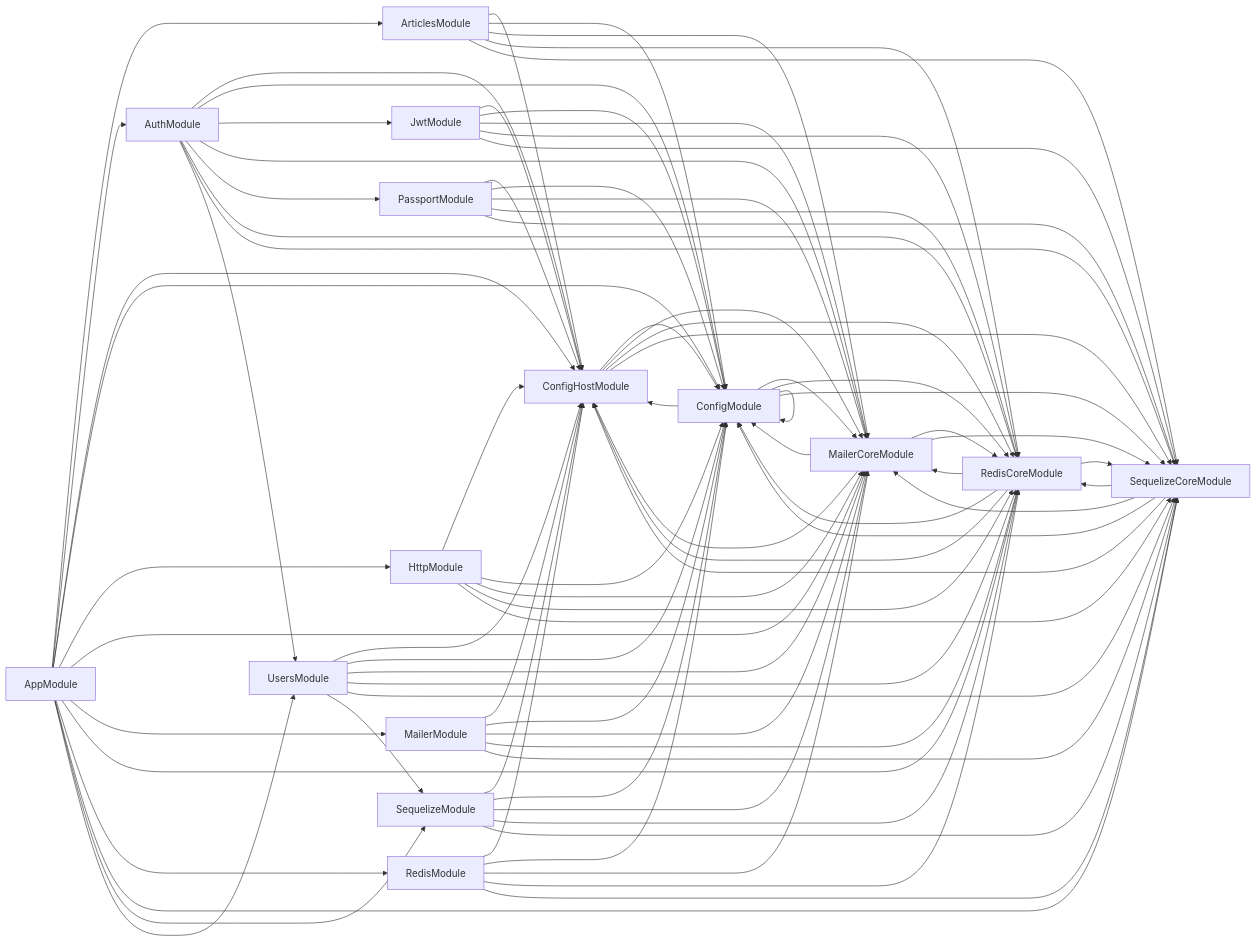
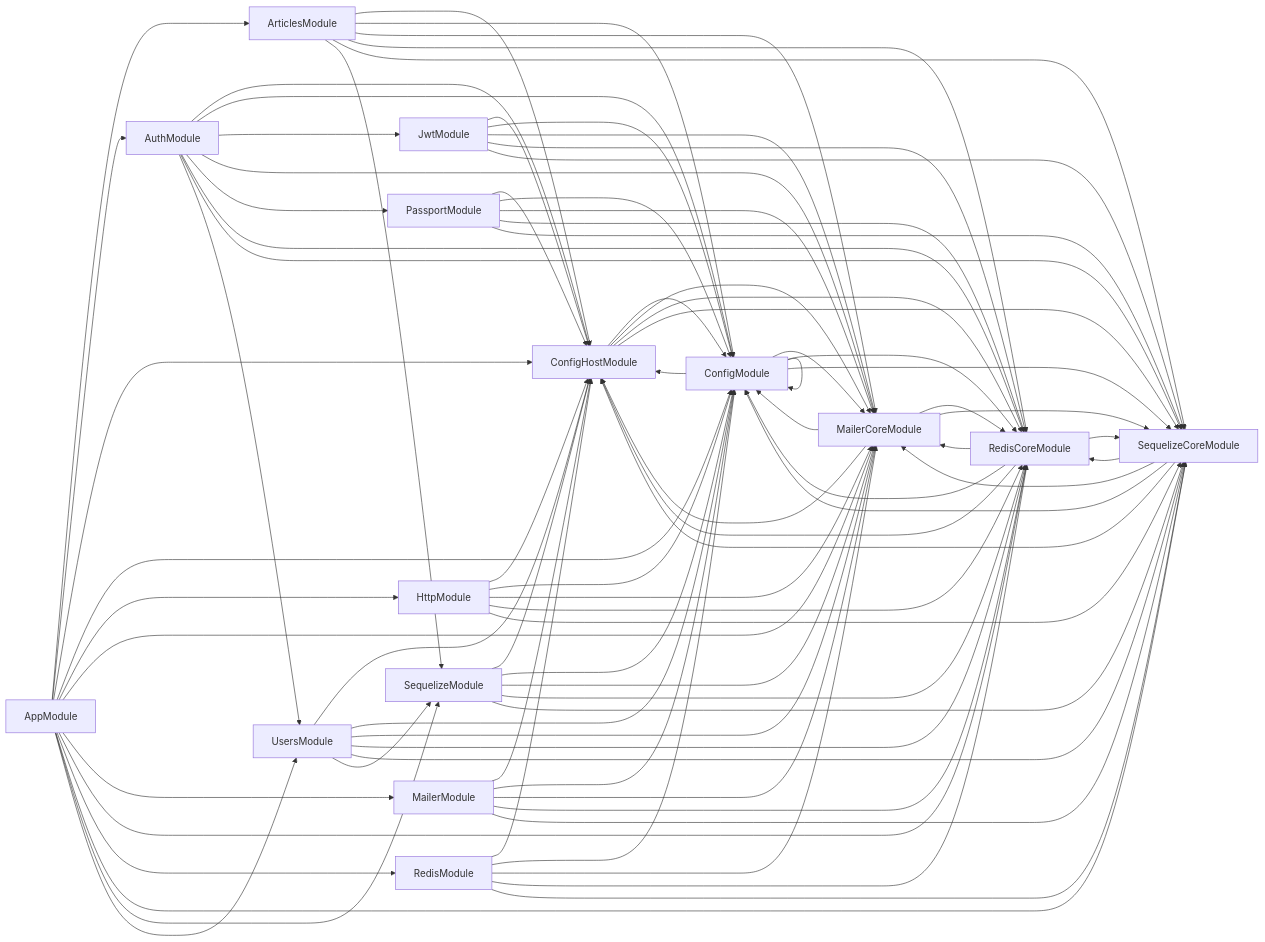
The diagram in backend/deps.mermaid (ntkwan/newsify), drawn with Mermaid before and after one commit. The commit also changed 8 other files, not shown here.

```diff
--- a/backend/deps.mermaid
+++ b/backend/deps.mermaid
@@ -1,83 +1,84 @@
 graph LR
     AppModule-->ArticlesModule
   AppModule-->AuthModule
   AppModule-->ConfigHostModule
   AppModule-->ConfigModule
   AppModule-->HttpModule
   AppModule-->MailerCoreModule
   AppModule-->MailerModule
   AppModule-->RedisCoreModule
   AppModule-->RedisModule
   AppModule-->SequelizeCoreModule
   AppModule-->SequelizeModule
   AppModule-->UsersModule
   ArticlesModule-->ConfigHostModule
   ArticlesModule-->ConfigModule
   ArticlesModule-->MailerCoreModule
   ArticlesModule-->RedisCoreModule
   ArticlesModule-->SequelizeCoreModule
+  ArticlesModule-->SequelizeModule
   AuthModule-->ConfigHostModule
   AuthModule-->ConfigModule
   AuthModule-->JwtModule
   AuthModule-->MailerCoreModule
   AuthModule-->PassportModule
   AuthModule-->RedisCoreModule
   AuthModule-->SequelizeCoreModule
   AuthModule-->UsersModule
   ConfigHostModule-->ConfigModule
   ConfigHostModule-->MailerCoreModule
   ConfigHostModule-->RedisCoreModule
   ConfigHostModule-->SequelizeCoreModule
   ConfigModule-->ConfigHostModule
   ConfigModule-->ConfigModule
   ConfigModule-->MailerCoreModule
   ConfigModule-->RedisCoreModule
   ConfigModule-->SequelizeCoreModule
   HttpModule-->ConfigHostModule
   HttpModule-->ConfigModule
   HttpModule-->MailerCoreModule
   HttpModule-->RedisCoreModule
   HttpModule-->SequelizeCoreModule
   JwtModule-->ConfigHostModule
   JwtModule-->ConfigModule
   JwtModule-->MailerCoreModule
   JwtModule-->RedisCoreModule
   JwtModule-->SequelizeCoreModule
   MailerCoreModule-->ConfigHostModule
   MailerCoreModule-->ConfigModule
   MailerCoreModule-->RedisCoreModule
   MailerCoreModule-->SequelizeCoreModule
   MailerModule-->ConfigHostModule
   MailerModule-->ConfigModule
   MailerModule-->MailerCoreModule
   MailerModule-->RedisCoreModule
   MailerModule-->SequelizeCoreModule
   PassportModule-->ConfigHostModule
   PassportModule-->ConfigModule
   PassportModule-->MailerCoreModule
   PassportModule-->RedisCoreModule
   PassportModule-->SequelizeCoreModule
   RedisCoreModule-->ConfigHostModule
   RedisCoreModule-->ConfigModule
   RedisCoreModule-->MailerCoreModule
   RedisCoreModule-->SequelizeCoreModule
   RedisModule-->ConfigHostModule
   RedisModule-->ConfigModule
   RedisModule-->MailerCoreModule
   RedisModule-->RedisCoreModule
   RedisModule-->SequelizeCoreModule
   SequelizeCoreModule-->ConfigHostModule
   SequelizeCoreModule-->ConfigModule
   SequelizeCoreModule-->MailerCoreModule
   SequelizeCoreModule-->RedisCoreModule
   SequelizeModule-->ConfigHostModule
   SequelizeModule-->ConfigModule
   SequelizeModule-->MailerCoreModule
   SequelizeModule-->RedisCoreModule
   SequelizeModule-->SequelizeCoreModule
   UsersModule-->ConfigHostModule
   UsersModule-->ConfigModule
   UsersModule-->MailerCoreModule
   UsersModule-->RedisCoreModule
   UsersModule-->SequelizeCoreModule
   UsersModule-->SequelizeModule
```
